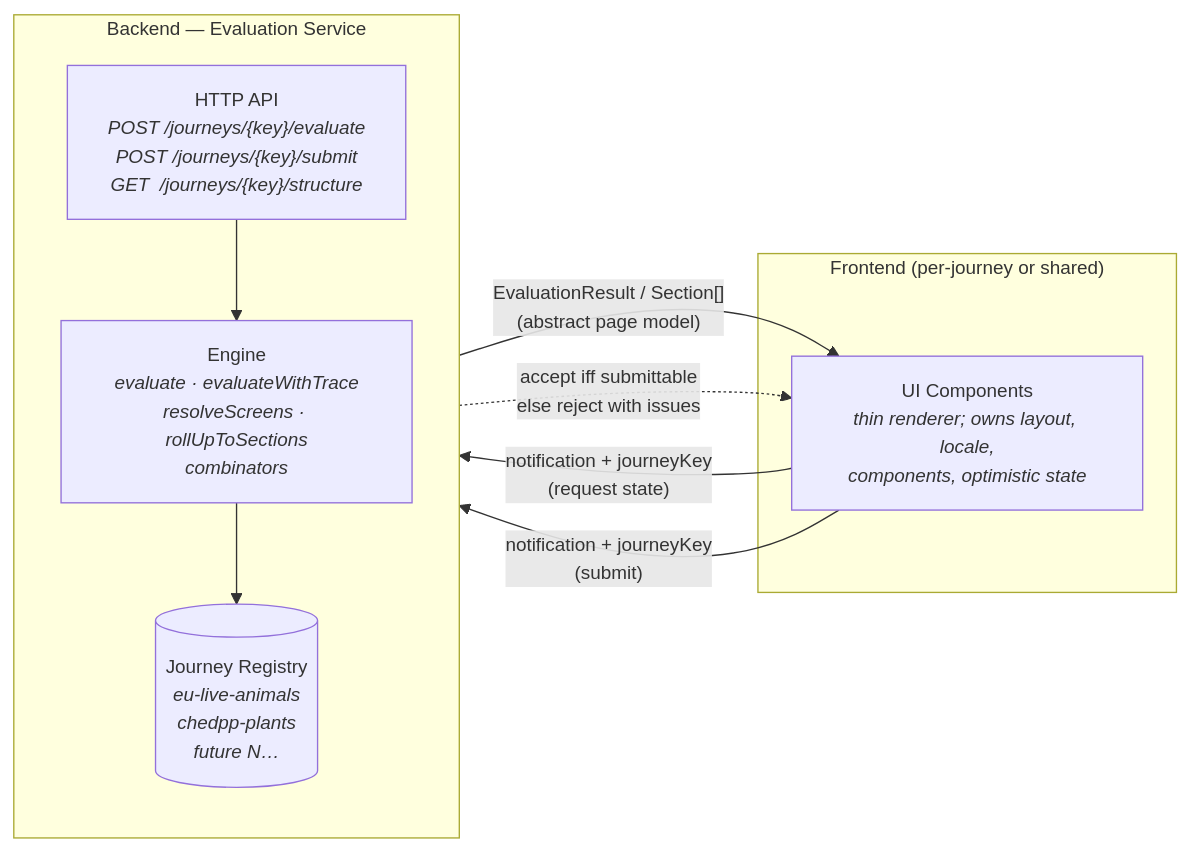
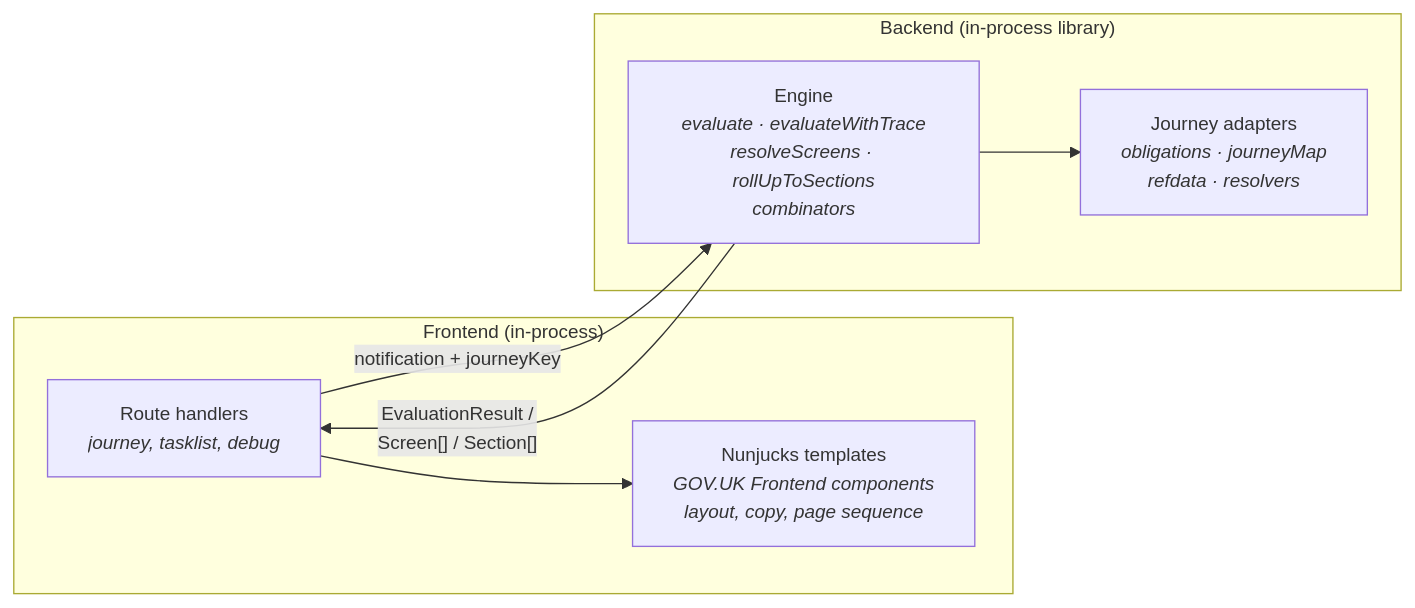
One commit to DEFRA/trade-imports-journey-config-ui changed the ninth of 9 diagrams in features/modelling/solution-overview.md. Above: the diagram before and after it, drawn with Mermaid. The commit also changed other lines of this file and 7 other files, not shown here.

````diff
--- a/features/modelling/solution-overview.md
+++ b/features/modelling/solution-overview.md
@@ -268,22 +261,18 @@
 ```mermaid
 %%{init: {'theme': 'default', 'themeVariables': {'fontSize': '14px', 'background': '#ffffff'}}}%%
 flowchart LR
-    subgraph fe["Frontend (per-journey or shared)"]
-        UI["UI Components<br/><i>thin renderer; owns layout, locale,<br/>components, optimistic state</i>"]
+    subgraph fe["Frontend (in-process)"]
+        RC["Route handlers<br/><i>journey, tasklist, debug</i>"]
+        NJK["Nunjucks templates<br/><i>GOV.UK Frontend components<br/>layout, copy, page sequence</i>"]
+        RC --> NJK
     end
 
-    subgraph be["Backend — Evaluation Service"]
-        direction TB
-        API["HTTP API<br/><i>POST /journeys/&lcub;key&rcub;/evaluate<br/>POST /journeys/&lcub;key&rcub;/submit<br/>GET&nbsp;&nbsp;/journeys/&lcub;key&rcub;/structure</i>"]
+    subgraph be["Backend (in-process library)"]
         ENG["Engine<br/><i>evaluate · evaluateWithTrace<br/>resolveScreens · rollUpToSections<br/>combinators</i>"]
-        REG[("Journey Registry<br/><i>eu-live-animals<br/>chedpp-plants<br/>future N…</i>")]
-
-        API --> ENG
-        ENG --> REG
+        ADP["Journey adapters<br/><i>obligations · journeyMap<br/>refdata · resolvers</i>"]
+        ENG --> ADP
     end
 
-    UI -->|"notification + journeyKey<br/>(request state)"| API
-    API -->|"EvaluationResult / Section[]<br/>(abstract page model)"| UI
-    UI -->|"notification + journeyKey<br/>(submit)"| API
-    API -.->|"accept iff submittable<br/>else reject with issues"| UI
+    RC -->|"notification + journeyKey"| ENG
+    ENG -->|"EvaluationResult /<br/>Screen[] / Section[]"| RC
 ```
````
